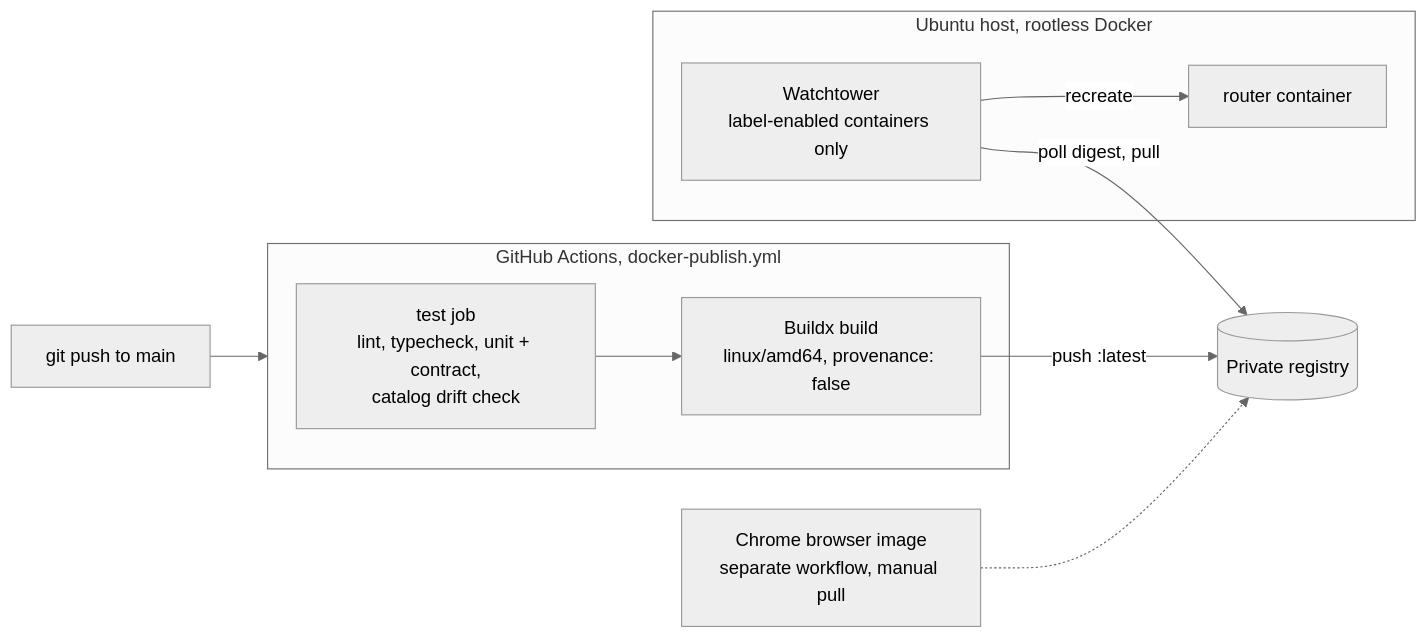
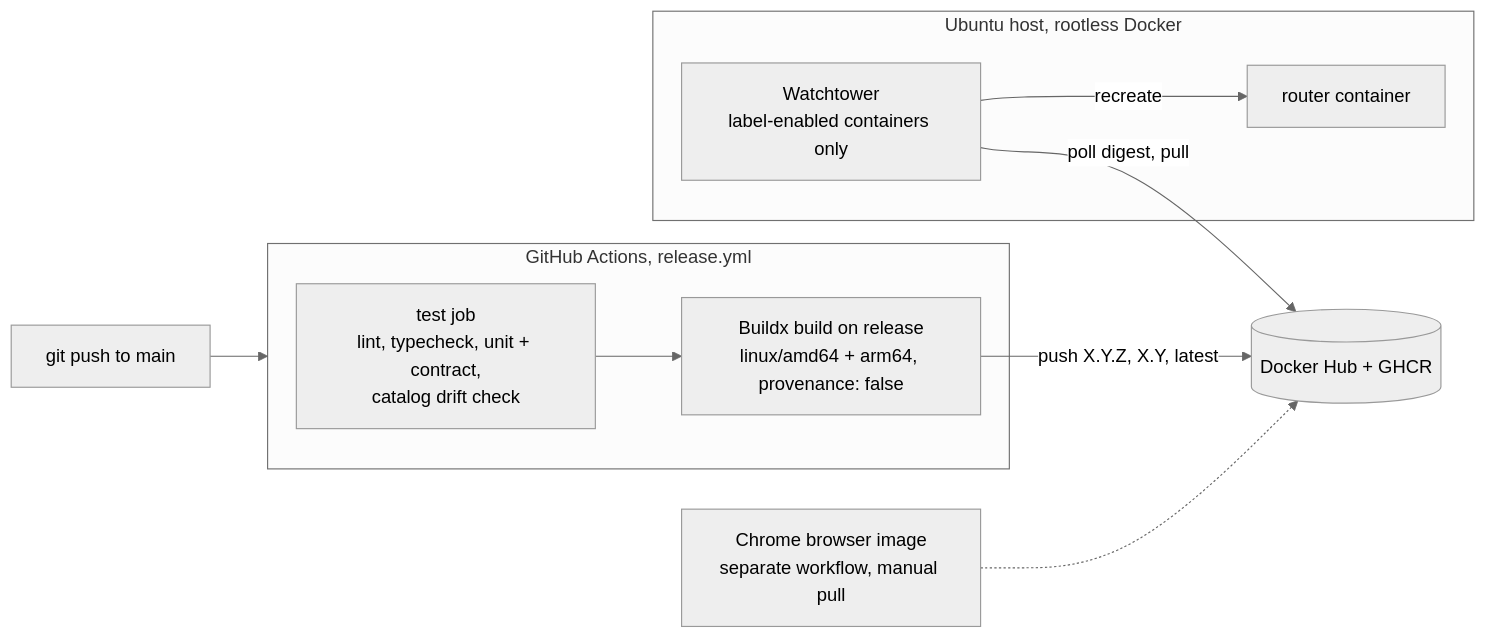
The sixth of 7 diagrams in docs/plans/16-architecture-diagrams.md (notcheu/jobwatch-mcp), drawn with Mermaid (neutral theme) before and after one commit. The commit also changed 17 other files, not shown here.

First line of the commit message:
ci: release with release-please and publish the router image to Docker Hub and GHCR

````diff
--- a/docs/plans/16-architecture-diagrams.md
+++ b/docs/plans/16-architecture-diagrams.md
@@ -234,15 +234,15 @@
 ```mermaid
 flowchart LR
   Dev["git push to main"] --> GHA
-  subgraph GHA["GitHub Actions, docker-publish.yml"]
-    Test["test job<br/>lint, typecheck, unit + contract,<br/>catalog drift check"] --> Build["Buildx build<br/>linux/amd64, provenance: false"]
+  subgraph GHA["GitHub Actions, release.yml"]
+    Test["test job<br/>lint, typecheck, unit + contract,<br/>catalog drift check"] --> Build["Buildx build on release<br/>linux/amd64 + arm64, provenance: false"]
   end
-  Build -- "push :latest" --> Reg[("Private registry")]
+  Build -- "push X.Y.Z, X.Y, latest" --> Reg[("Docker Hub + GHCR")]
   subgraph Host["Ubuntu host, rootless Docker"]
     WT["Watchtower<br/>label-enabled containers only"]
     RouterC["router container"]
   end
   WT -- "poll digest, pull" --> Reg
   WT -- "recreate" --> RouterC
   Browser["Chrome browser image<br/>separate workflow, manual pull"] -.-> Reg
 ```
````
